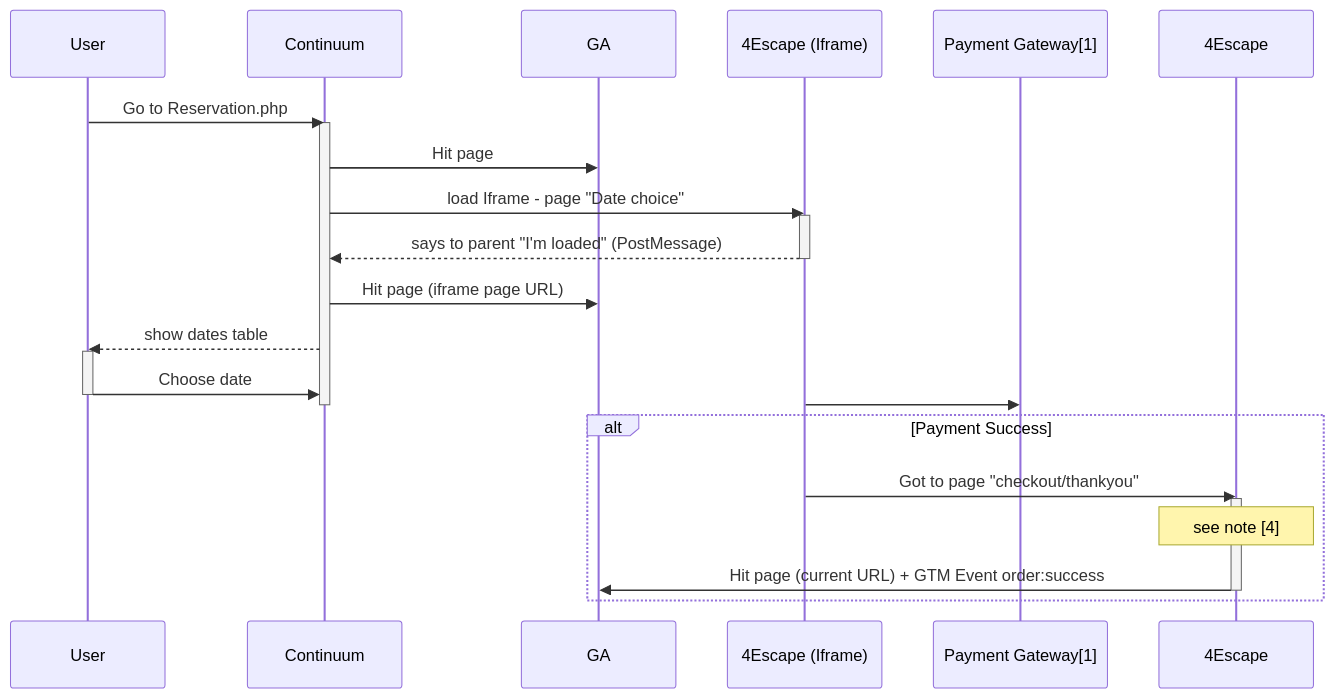
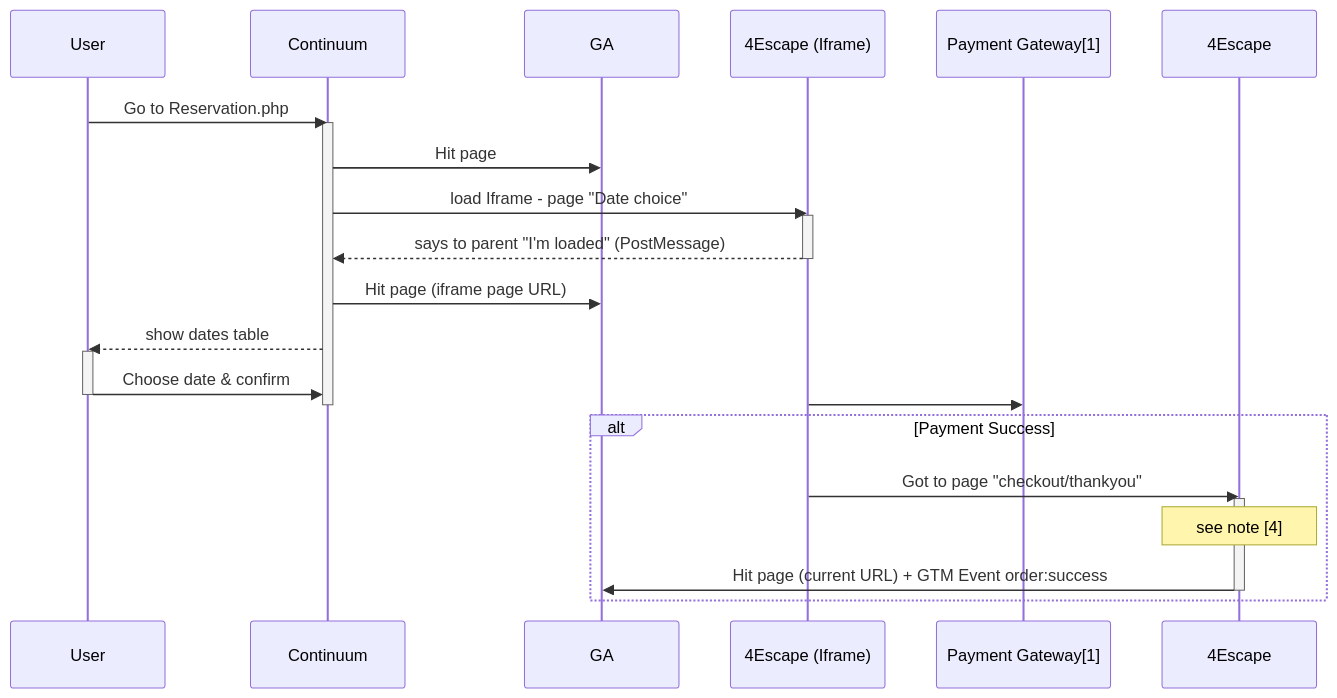
One commit to NansPellicari/stackEdit changed the diagram in doc/continuum/Sequence-session.md. Above: the diagram before and after it, drawn with Mermaid. The commit also changed other lines of this file, not shown here.

Commit message:
doc/continuum/Sequence-session.md updated from https://stackedit.io/

````diff
--- a/doc/continuum/Sequence-session.md
+++ b/doc/continuum/Sequence-session.md
@@ -1,24 +1,24 @@
 ```mermaid
 sequenceDiagram
 User->>Continuum: Go to Reservation.php
 activate Continuum
 Continuum->>GA: Hit page
 Continuum->>4Escape (Iframe): load Iframe - page "Date choice"
 activate 4Escape (Iframe)
 4Escape (Iframe)-->>Continuum: says to parent "I'm loaded" (PostMessage)
 deactivate 4Escape (Iframe)
 Continuum->>GA: Hit page (iframe page URL)
 Continuum-->>User: show dates table
 activate User
-User->>Continuum: Choose date
+User->>Continuum: Choose date & confirm 
 deactivate User
 4Escape (Iframe)->>Payment Gateway[1]: 
 deactivate Continuum
 alt Payment Success
 	4Escape (Iframe)->>4Escape: Got to page "checkout/thankyou"
 	activate 4Escape
 	Note over 4Escape: see note [4]
 	4Escape->>GA: Hit page (current URL) + GTM Event order:success
 	deactivate 4Escape
 end
 ```
````
